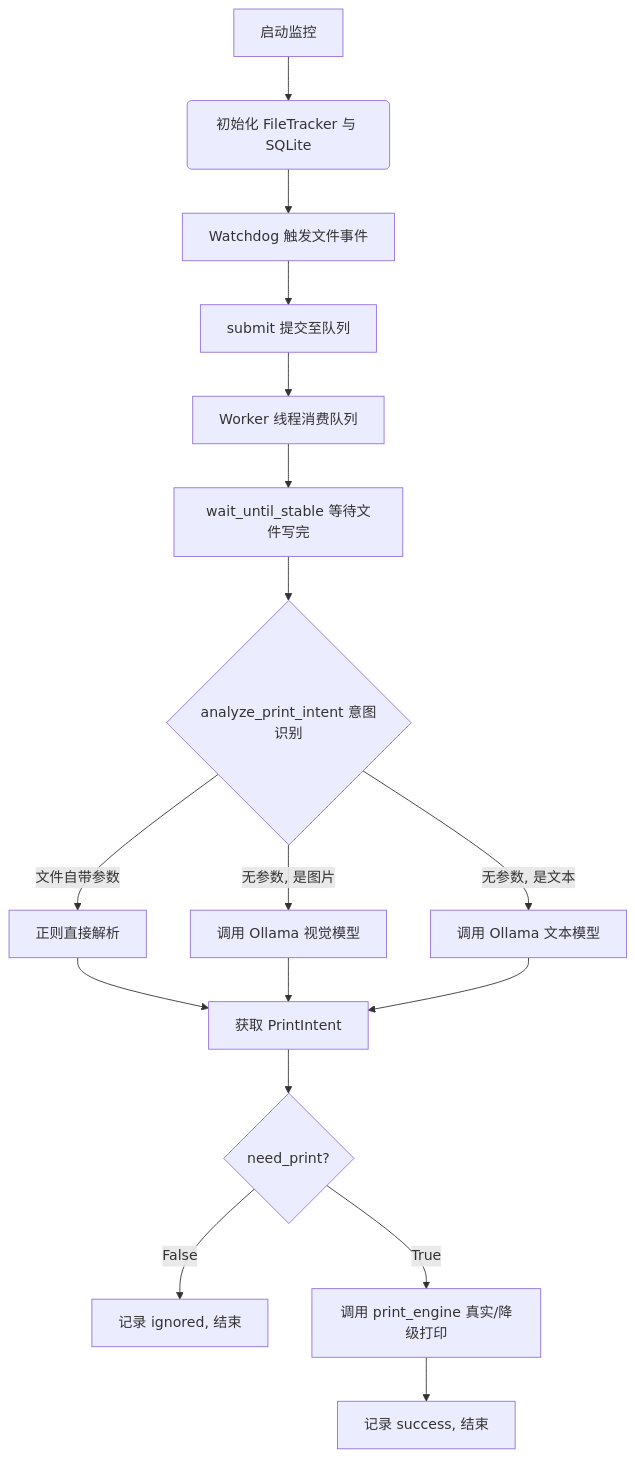
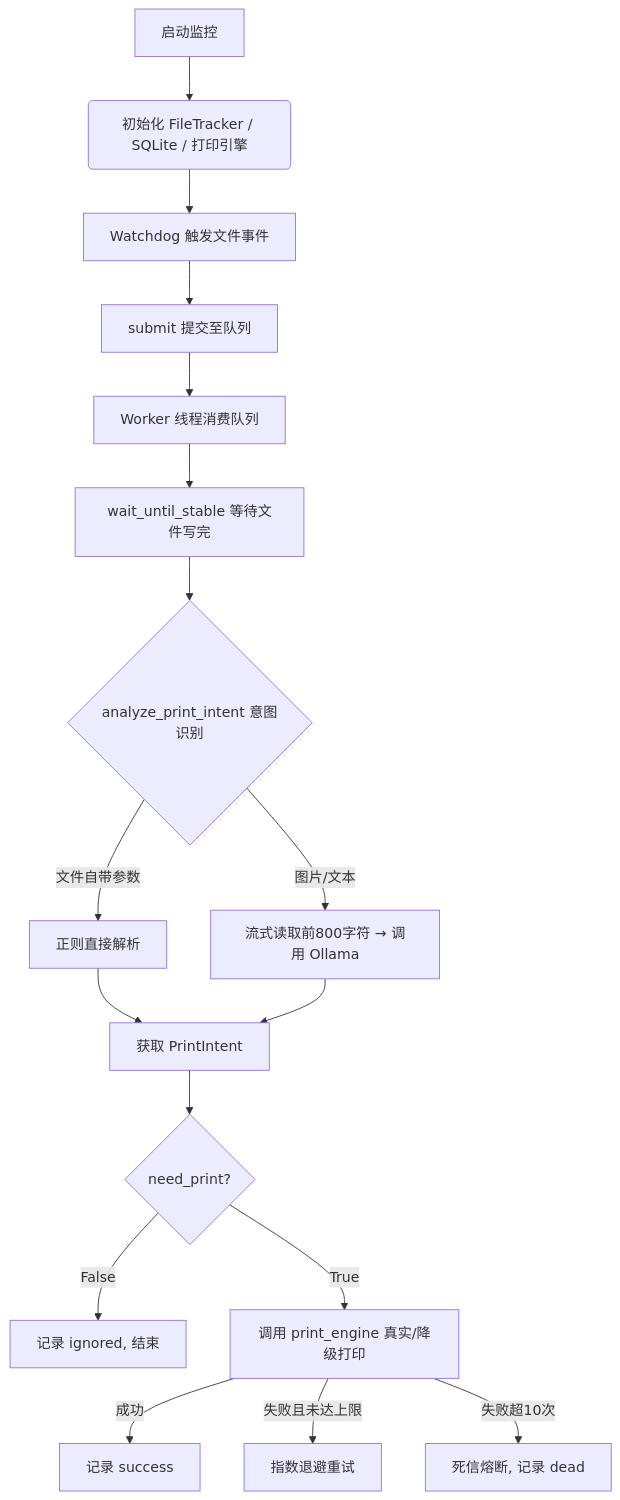
The second of 3 diagrams in README.md (wzy106/ai_print_agent), drawn with Mermaid before and after one commit. The commit also changed other lines of this file and 4 other files, not shown here.

Commit message:
feat: 修复双轨制引擎Office转换与内存溢出，增加死信熔断及前端防串台时序机制，完善全链路架构图

````diff
--- a/README.md
+++ b/README.md
@@ -52,25 +53,25 @@
 ```mermaid
 graph TD
-    A[启动监控] --> B(初始化 FileTracker 与 SQLite)
-    B --> C[Watchdog 触发文件事件]
+    A["启动监控"] --> B("初始化 FileTracker / SQLite / 打印引擎")
+    B --> C["Watchdog 触发文件事件"]
     
-    C --> D[submit 提交至队列]
-    D --> E[Worker 线程消费队列]
+    C --> D["submit 提交至队列"]
+    D --> E["Worker 线程消费队列"]
     
-    E --> F[wait_until_stable 等待文件写完]
-    F --> G{analyze_print_intent 意图识别}
+    E --> F["wait_until_stable 等待文件写完"]
+    F --> G{"analyze_print_intent 意图识别"}
     
-    G -->|文件自带参数| H[正则直接解析]
-    G -->|无参数, 是图片| I[调用 Ollama 视觉模型]
-    G -->|无参数, 是文本| J[调用 Ollama 文本模型]
+    G -->|"文件自带参数"| H["正则直接解析"]
+    G -->|"图片/文本"| I["流式读取前800字符 → 调用 Ollama"]
     
-    H --> K[获取 PrintIntent]
+    H --> K["获取 PrintIntent"]
     I --> K
-    J --> K
     
-    K --> L{need_print?}
-    L -->|False| M[记录 ignored, 结束]
-    L -->|True| N[调用 print_engine 真实/降级打印]
+    K --> L{"need_print?"}
+    L -->|"False"| M["记录 ignored, 结束"]
+    L -->|"True"| N["调用 print_engine 真实/降级打印"]
     
-    N --> O[记录 success, 结束]
+    N -->|"成功"| O["记录 success"]
+    N -->|"失败且未达上限"| P["指数退避重试"]
+    N -->|"失败超10次"| Q["死信熔断, 记录 dead"]
 ```
````
